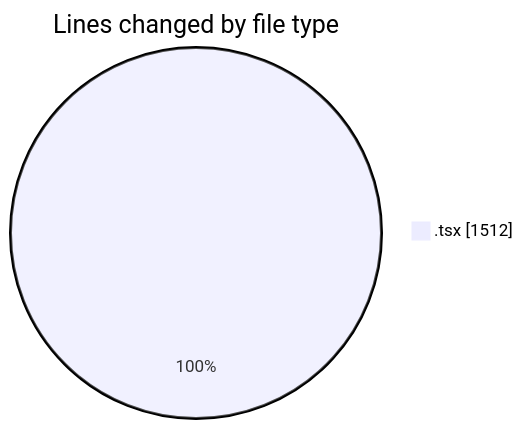
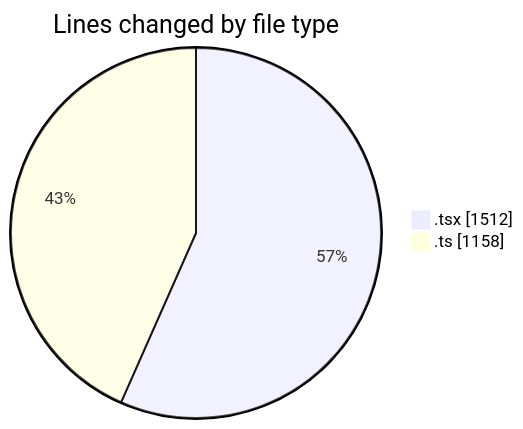
The first of 2 diagrams in 2025-03-11/mbc-web/README.md (robertbonfada/code-tracking), drawn with Mermaid before and after one commit. The commit also changed other lines of this file and 1 other file, not shown here.

````diff
--- a/2025-03-11/mbc-web/README.md
+++ b/2025-03-11/mbc-web/README.md
@@ -33,5 +34,6 @@
 ```mermaid
 pie showData
 title Lines changed by file type
 ".tsx" : 1512
+".ts" : 1158
 ```
````
